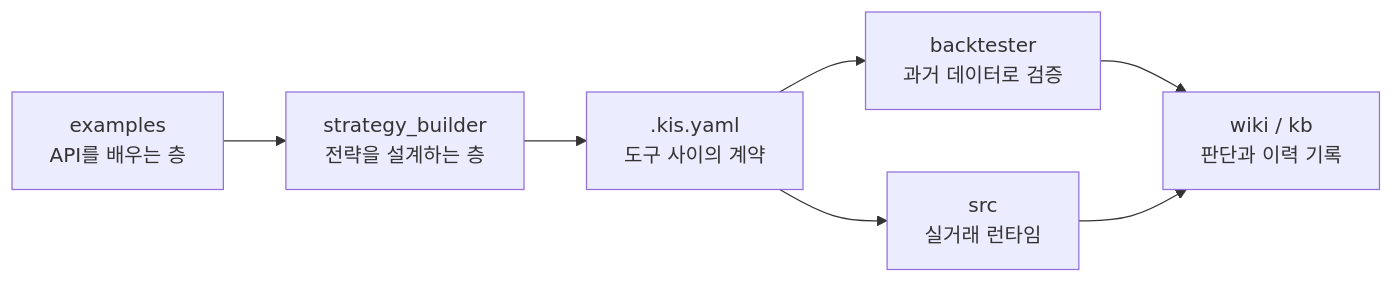
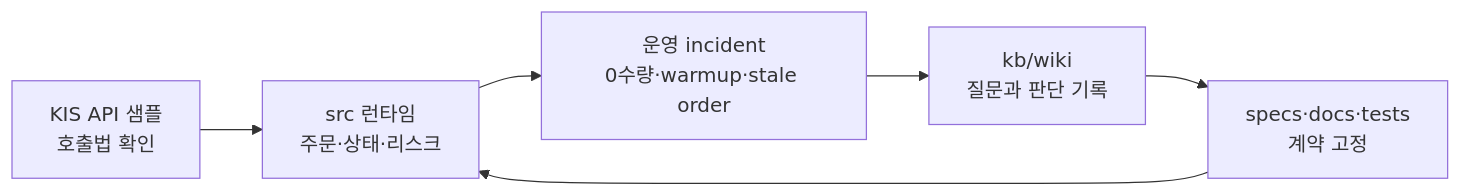
Before and after one commit to shimhy97/shimhy97.github.io: the diagram in _posts/2026-04-06-open-trading-api-workbench.md, drawn with Mermaid. The commit also changed other lines of this file and 2 other files, not shown here.

````diff
--- a/_posts/2026-04-06-open-trading-api-workbench.md
+++ b/_posts/2026-04-06-open-trading-api-workbench.md
@@ -41,9 +40,8 @@
 ```mermaid
 flowchart LR
-  A["examples<br/>API를 배우는 층"] --> B["strategy_builder<br/>전략을 설계하는 층"]
-  B --> C[".kis.yaml<br/>도구 사이의 계약"]
-  C --> D["backtester<br/>과거 데이터로 검증"]
-  C --> E["src<br/>실거래 런타임"]
-  D --> F["wiki / kb<br/>판단과 이력 기록"]
-  E --> F
+  A["KIS API 샘플<br/>호출법 확인"] --> B["src 런타임<br/>주문·상태·리스크"]
+  B --> C["운영 incident<br/>0수량·warmup·stale order"]
+  C --> D["kb/wiki<br/>질문과 판단 기록"]
+  D --> E["specs·docs·tests<br/>계약 고정"]
+  E --> B
 ```
````
